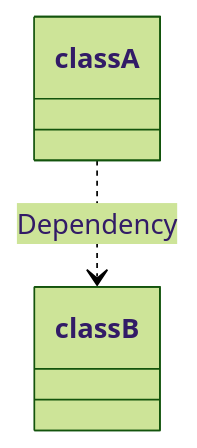
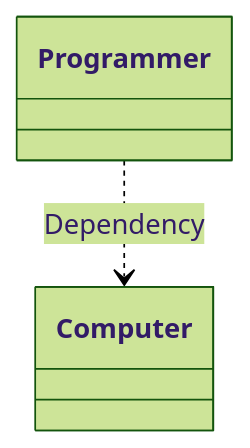
The second of 5 diagrams in _posts/2022/2022-05-02-UML.md (chesterchenn/blog), drawn with Mermaid (forest theme) before and after one commit. The commit also changed other lines of this file, not shown here.

Commit message:
docs: 整理 UML 中的关系和图示

```diff
--- a/_posts/2022/2022-05-02-UML.md
+++ b/_posts/2022/2022-05-02-UML.md
@@ -105,4 +105,4 @@
 <div class="mermaid">
   classDiagram
-  classA ..> classB : Dependency
+  Programmer ..> Computer : Dependency
 </div>
```
